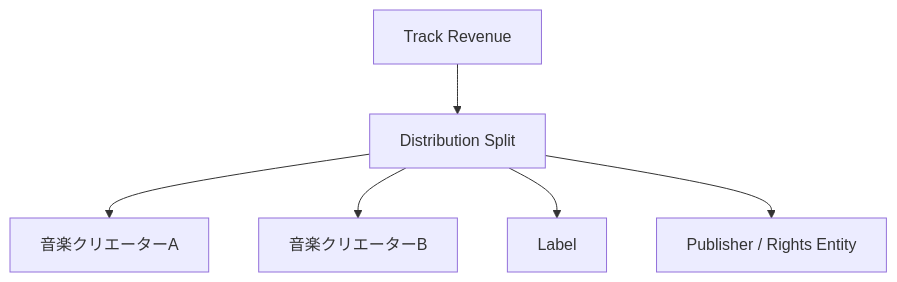
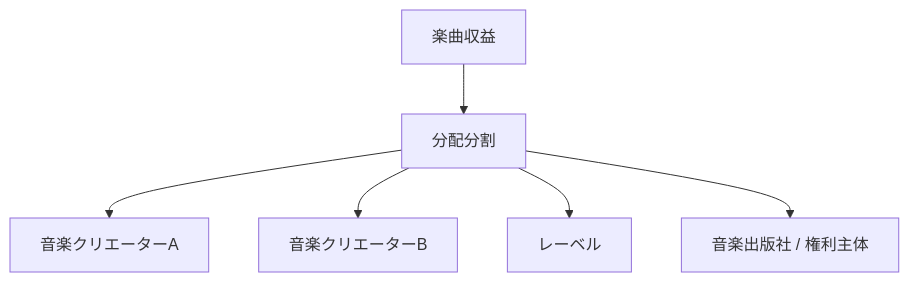
Before and after one commit to ShigeichiroYamasaki/creator-first-platform: diagram 11 of 29 in docs/whitepaper/05-creator-onboarding.md, drawn with Mermaid. The commit also changed other lines of this file and 72 other files, not shown here.

````diff
--- a/docs/whitepaper/05-creator-onboarding.md
+++ b/docs/whitepaper/05-creator-onboarding.md
@@ -374,10 +374,10 @@
 ```mermaid
 flowchart TD
-    TRACK[Track Revenue]
-    TRACK --> SPLIT[Distribution Split]
+    TRACK[楽曲収益]
+    TRACK --> SPLIT[分配分割]
 
     SPLIT --> A[音楽クリエーターA]
     SPLIT --> B[音楽クリエーターB]
-    SPLIT --> LABEL[Label]
-    SPLIT --> PUB[Publisher / Rights Entity]
+    SPLIT --> LABEL[レーベル]
+    SPLIT --> PUB[音楽出版社 / 権利主体]
 ```
````
